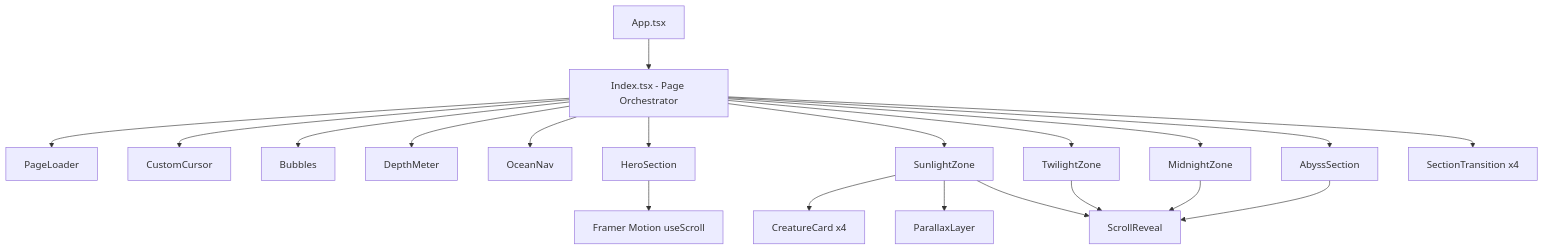
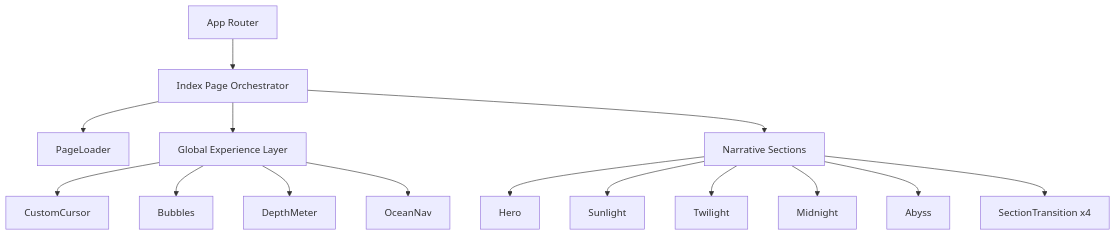
The first of 6 diagrams in architecture.md (ramalokeshreddyp/Abyss-Atlas), drawn with Mermaid before and after one commit. The commit also changed other lines of this file and 21 other files, not shown here.

````diff
--- a/architecture.md
+++ b/architecture.md
@@ -9,24 +9,19 @@
 ```mermaid
 graph TD
-    A[App.tsx] --> B[Index.tsx - Page Orchestrator]
+    A[App Router] --> B[Index Page Orchestrator]
     B --> C[PageLoader]
-    B --> D[CustomCursor]
-    B --> E[Bubbles]
-    B --> F[DepthMeter]
-    B --> G[OceanNav]
-    B --> H[HeroSection]
-    B --> I[SunlightZone]
-    B --> J[TwilightZone]
-    B --> K[MidnightZone]
-    B --> L[AbyssSection]
-    B --> M[SectionTransition x4]
-    
-    I --> N[CreatureCard x4]
-    I --> O[ParallaxLayer]
-    I --> P[ScrollReveal]
-    
-    J --> P
-    K --> P
-    L --> P
-    H --> Q[Framer Motion useScroll]
+    B --> D[Global Experience Layer]
+    B --> E[Narrative Sections]
+
+    D --> D1[CustomCursor]
+    D --> D2[Bubbles]
+    D --> D3[DepthMeter]
+    D --> D4[OceanNav]
+
+    E --> E1[Hero]
+    E --> E2[Sunlight]
+    E --> E3[Twilight]
+    E --> E4[Midnight]
+    E --> E5[Abyss]
+    E --> E6[SectionTransition x4]
 ```
````
